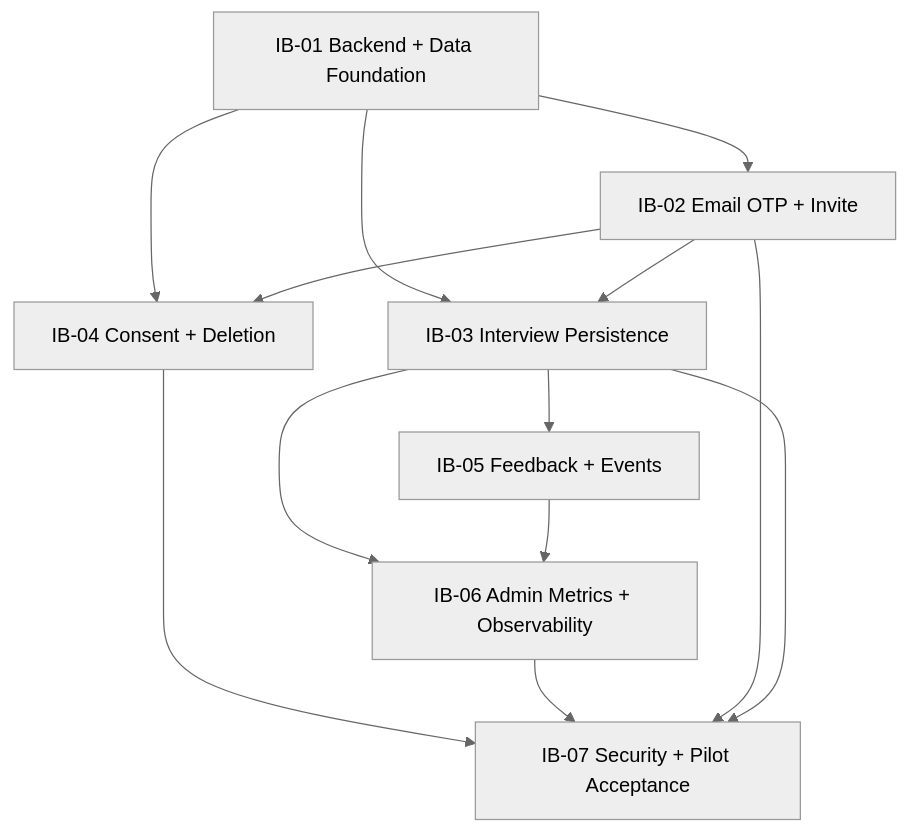
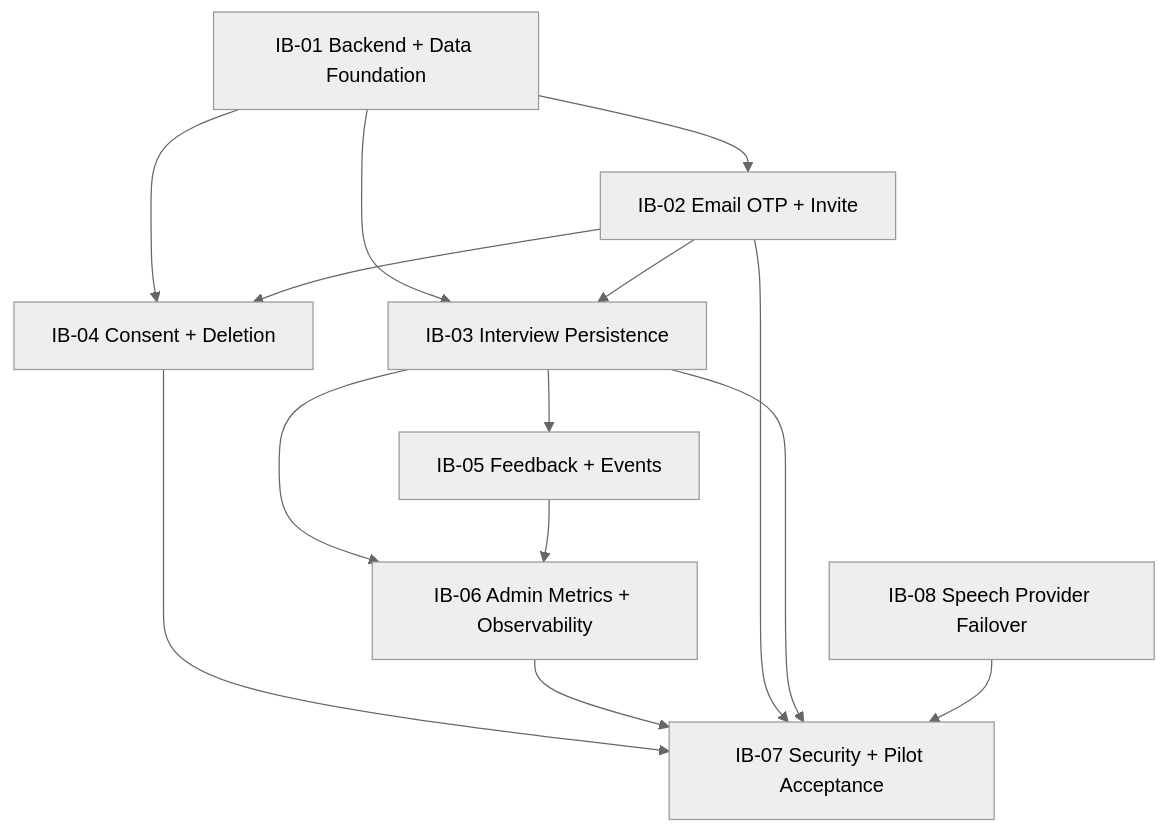
Before and after one commit to ZachCharles666/facewall: the diagram in docs/internal-beta/06_module_map_and_execution_plan.md, drawn with Mermaid (neutral theme). The commit also changed other lines of this file and 32 other files, not shown here.

````diff
--- a/docs/internal-beta/06_module_map_and_execution_plan.md
+++ b/docs/internal-beta/06_module_map_and_execution_plan.md
@@ -5,15 +5,16 @@
 ```mermaid
 flowchart TD
   A["IB-01 Backend + Data Foundation"] --> B["IB-02 Email OTP + Invite"]
   A --> C["IB-03 Interview Persistence"]
   A --> D["IB-04 Consent + Deletion"]
   B --> C
   B --> D
   C --> E["IB-05 Feedback + Events"]
   C --> F["IB-06 Admin Metrics + Observability"]
   E --> F
   D --> G["IB-07 Security + Pilot Acceptance"]
   F --> G
   B --> G
   C --> G
+  H["IB-08 Speech Provider Failover"] --> G
 ```
````
